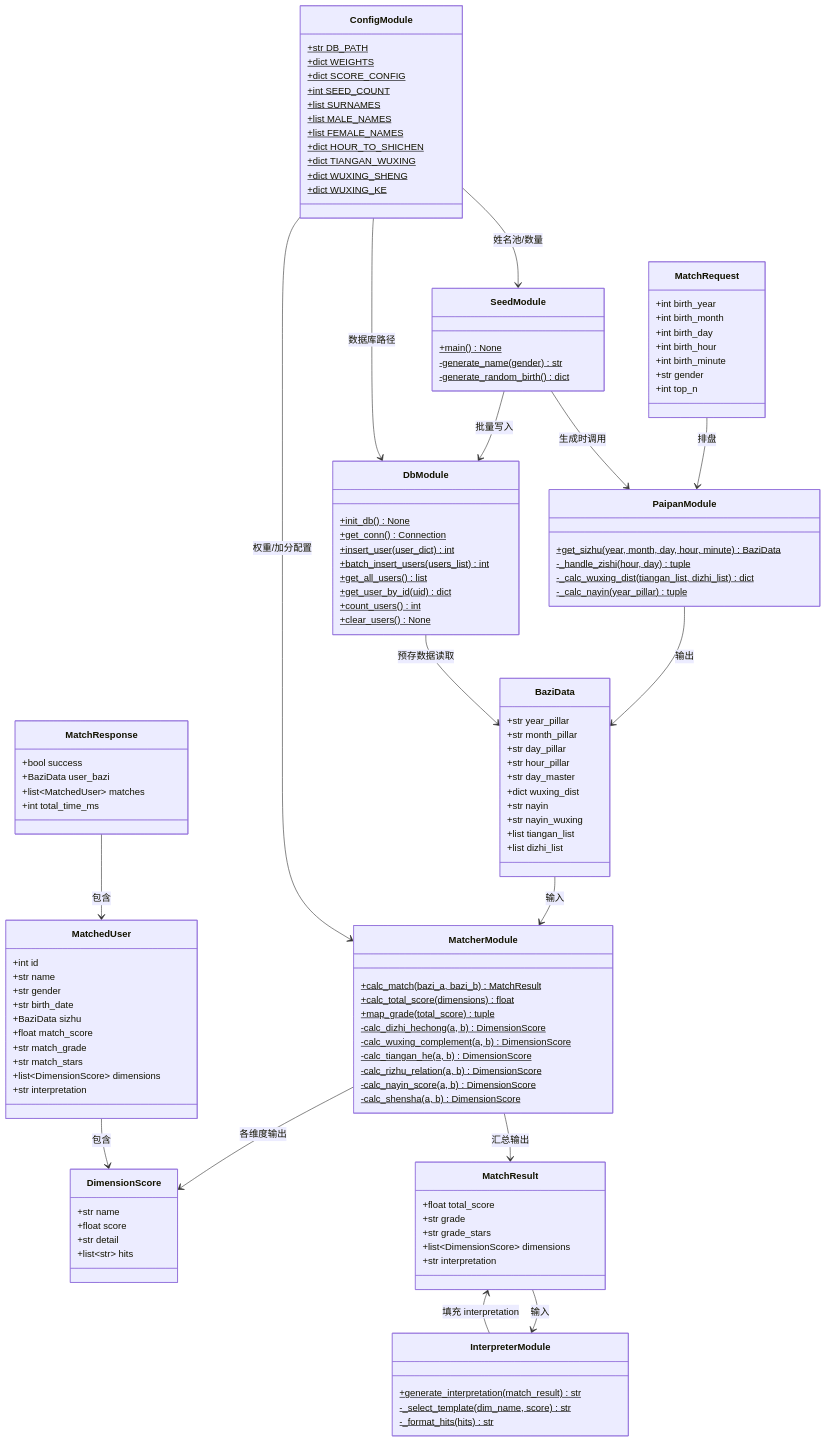
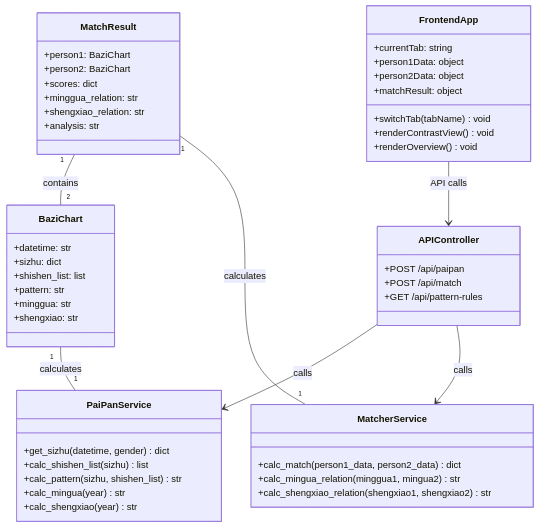
Before and after one commit to mirandavicstudio/bazi-match: the diagram in docs/class-diagram.mermaid, drawn with Mermaid. The commit also changed 28 other files, not shown here.

```diff
--- a/docs/class-diagram.mermaid
+++ b/docs/class-diagram.mermaid
@@ -1,132 +1,55 @@
 classDiagram
-    direction TB
-
-    class BaziData {
-        +str year_pillar
-        +str month_pillar
-        +str day_pillar
-        +str hour_pillar
-        +str day_master
-        +dict wuxing_dist
-        +str nayin
-        +str nayin_wuxing
-        +list tiangan_list
-        +list dizhi_list
+    class BaziChart {
+        +datetime: str
+        +sizhu: dict
+        +shishen_list: list
+        +pattern: str
+        +minggua: str
+        +shengxiao: str
     }
-
-    class DimensionScore {
-        +str name
-        +float score
-        +str detail
-        +list~str~ hits
+    
+    class MatchResult {
+        +person1: BaziChart
+        +person2: BaziChart
+        +scores: dict
+        +minggua_relation: str
+        +shengxiao_relation: str
+        +analysis: str
     }
-
-    class MatchResult {
-        +float total_score
-        +str grade
-        +str grade_stars
-        +list~DimensionScore~ dimensions
-        +str interpretation
+    
+    class PaiPanService {
+        +get_sizhu(datetime, gender) dict
+        +calc_shishen_list(sizhu) list
+        +calc_pattern(sizhu, shishen_list) str
+        +calc_mingua(year) str
+        +calc_shengxiao(year) str
     }
-
-    class MatchRequest {
-        +int birth_year
-        +int birth_month
-        +int birth_day
-        +int birth_hour
-        +int birth_minute
-        +str gender
-        +int top_n
+    
+    class MatcherService {
+        +calc_match(person1_data, person2_data) dict
+        +calc_mingua_relation(minggua1, mingua2) str
+        +calc_shengxiao_relation(shengxiao1, shengxiao2) str
     }
-
-    class MatchedUser {
-        +int id
-        +str name
-        +str gender
-        +str birth_date
-        +BaziData sizhu
-        +float match_score
-        +str match_grade
-        +str match_stars
-        +list~DimensionScore~ dimensions
-        +str interpretation
+    
+    class APIController {
+        +POST /api/paipan
+        +POST /api/match
+        +GET /api/pattern-rules
     }
-
-    class MatchResponse {
-        +bool success
-        +BaziData user_bazi
-        +list~MatchedUser~ matches
-        +int total_time_ms
+    
+    class FrontendApp {
+        +currentTab: string
+        +person1Data: object
+        +person2Data: object
+        +matchResult: object
+        +switchTab(tabName) void
+        +renderContrastView() void
+        +renderOverview() void
     }
-
-    class PaipanModule {
-        +get_sizhu(year, month, day, hour, minute) BaziData$
-        -_handle_zishi(hour, day) tuple$
-        -_calc_wuxing_dist(tiangan_list, dizhi_list) dict$
-        -_calc_nayin(year_pillar) tuple$
-    }
-
-    class MatcherModule {
-        +calc_match(bazi_a, bazi_b) MatchResult$
-        +calc_total_score(dimensions) float$
-        +map_grade(total_score) tuple$
-        -calc_dizhi_hechong(a, b) DimensionScore$
-        -calc_wuxing_complement(a, b) DimensionScore$
-        -calc_tiangan_he(a, b) DimensionScore$
-        -calc_rizhu_relation(a, b) DimensionScore$
-        -calc_nayin_score(a, b) DimensionScore$
-        -calc_shensha(a, b) DimensionScore$
-    }
-
-    class InterpreterModule {
-        +generate_interpretation(match_result) str$
-        -_select_template(dim_name, score) str$
-        -_format_hits(hits) str$
-    }
-
-    class DbModule {
-        +init_db() None$
-        +get_conn() Connection$
-        +insert_user(user_dict) int$
-        +batch_insert_users(users_list) int$
-        +get_all_users() list$
-        +get_user_by_id(uid) dict$
-        +count_users() int$
-        +clear_users() None$
-    }
-
-    class SeedModule {
-        +main() None$
-        -generate_name(gender) str$
-        -generate_random_birth() dict$
-    }
-
-    class ConfigModule {
-        +str DB_PATH$
-        +dict WEIGHTS$
-        +dict SCORE_CONFIG$
-        +int SEED_COUNT$
-        +list SURNAMES$
-        +list MALE_NAMES$
-        +list FEMALE_NAMES$
-        +dict HOUR_TO_SHICHEN$
-        +dict TIANGAN_WUXING$
-        +dict WUXING_SHENG$
-        +dict WUXING_KE$
-    }
-
-    MatchRequest --> PaipanModule : 排盘
-    PaipanModule --> BaziData : 输出
-    BaziData --> MatcherModule : 输入
-    MatcherModule --> DimensionScore : 各维度输出
-    MatcherModule --> MatchResult : 汇总输出
-    MatchResult --> InterpreterModule : 输入
-    InterpreterModule --> MatchResult : 填充 interpretation
-    DbModule --> BaziData : 预存数据读取
-    SeedModule --> PaipanModule : 生成时调用
-    SeedModule --> DbModule : 批量写入
-    ConfigModule --> MatcherModule : 权重/加分配置
-    ConfigModule --> DbModule : 数据库路径
-    ConfigModule --> SeedModule : 姓名池/数量
-    MatchResponse --> MatchedUser : 包含
-    MatchedUser --> DimensionScore : 包含
+    
+    BaziChart "1" -- "1" PaiPanService : calculates
+    MatchResult "1" -- "2" BaziChart : contains
+    MatchResult "1" -- "1" MatcherService : calculates
+    APIController --> PaiPanService : calls
+    APIController --> MatcherService : calls
+    FrontendApp --> APIController : API calls
```
